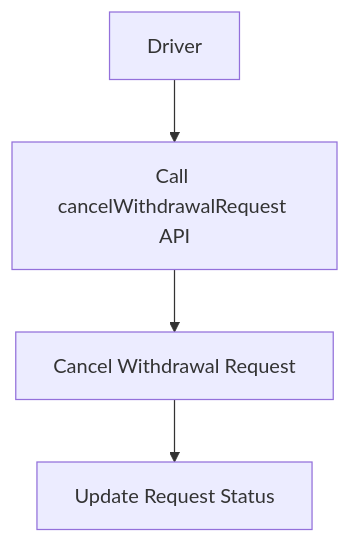
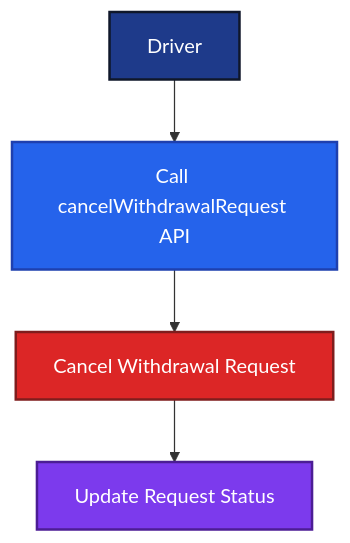
Before and after one commit to KSW-IT/point-flow-documentation: the fourth of 6 diagrams in Point_Flow.md, drawn with Mermaid. The commit also changed other lines of this file, not shown here.

````diff
--- a/Point_Flow.md
+++ b/Point_Flow.md
@@ -246,10 +274,16 @@
 ```mermaid
 flowchart TD
 
     A[Driver]
     --> B[Call cancelWithdrawalRequest API]
 
     B --> C[Cancel Withdrawal Request]
 
     C --> D[Update Request Status]
+
+    %% Styles
+    style A fill:#1E3A8A,color:#ffffff,stroke:#0F172A,stroke-width:2px
+    style B fill:#2563EB,color:#ffffff,stroke:#1E40AF,stroke-width:2px
+    style C fill:#DC2626,color:#ffffff,stroke:#7F1D1D,stroke-width:2px
+    style D fill:#7C3AED,color:#ffffff,stroke:#4C1D95,stroke-width:2px
 ```
````
